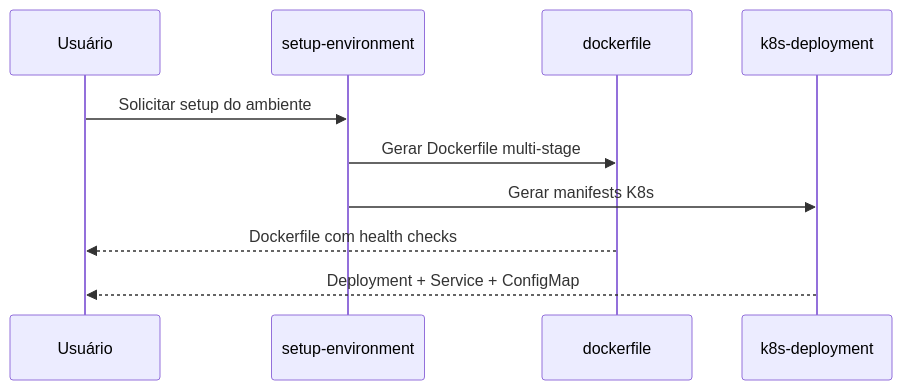
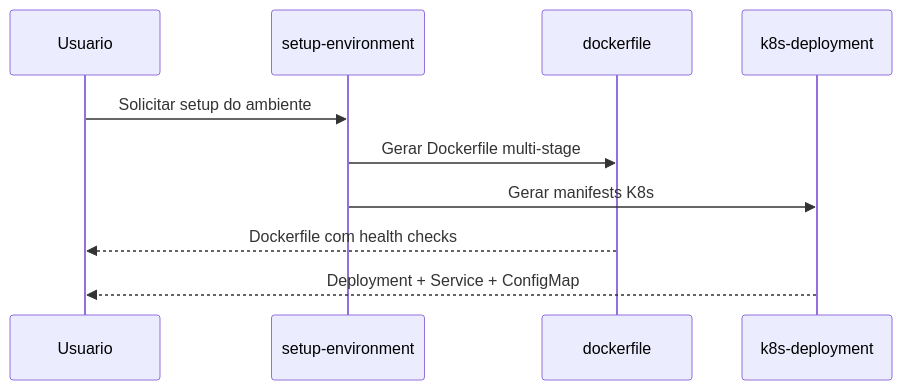
Before and after one commit to edercnj/ia-dev-environment: the second of 2 diagrams in docs/stories/github-structure/STORY-007.md, drawn with Mermaid. The commit also changed other lines of this file and 64 other files, not shown here.

````diff
--- a/docs/stories/github-structure/STORY-007.md
+++ b/docs/stories/github-structure/STORY-007.md
@@ -77,13 +125,13 @@
 ```mermaid
 sequenceDiagram
-    participant U as Usuário
+    participant U as Usuario
     participant SE as setup-environment
     participant D as dockerfile
     participant K as k8s-deployment
 
     U->>SE: Solicitar setup do ambiente
     SE->>D: Gerar Dockerfile multi-stage
     SE->>K: Gerar manifests K8s
     D-->>U: Dockerfile com health checks
     K-->>U: Deployment + Service + ConfigMap
 ```
````
